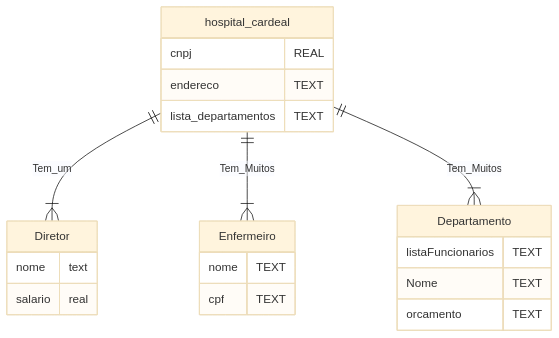
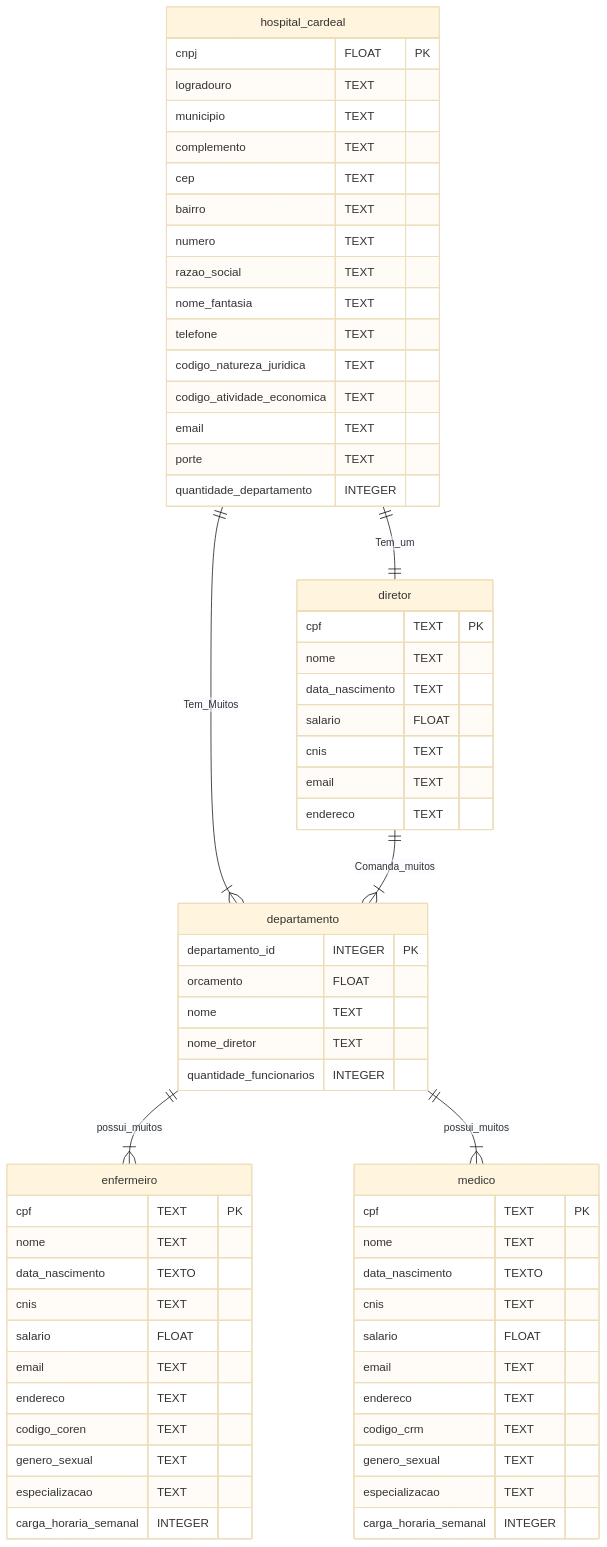
The diagram in Hospital Cardeal/README.md (MarvinSilcGit/Sqlite), drawn with Mermaid (base theme) before and after one commit. The commit also changed 2 other files, not shown here.

Commit message:
Adding more ERM code

````diff
--- a/Hospital Cardeal/README.md
+++ b/Hospital Cardeal/README.md
@@ -10,28 +10,82 @@
 
 hospital_cardeal{ 
     
- cnpj REAL
- endereco TEXT
- lista_departamentos TEXT
+ cnpj FLOAT PK
+ logradouro TEXT
+ municipio TEXT
+ complemento TEXT
+ cep TEXT
+ bairro TEXT
+ numero TEXT
+ razao_social TEXT
+ nome_fantasia TEXT
+ telefone TEXT
+ codigo_natureza_juridica TEXT
+ codigo_atividade_economica TEXT
+ email TEXT
+ porte TEXT
+ quantidade_departamento INTEGER
+ 
 }
 
-Enfermeiro{ 
-    nome TEXT
-    cpf TEXT
+
+diretor{
+		
+ cpf TEXT PK
+ nome TEXT
+ data_nascimento TEXT
+ salario FLOAT
+ cnis TEXT
+ email TEXT
+ endereco TEXT
+		
 }
 
-Diretor{
-		nome text
-		salario real
+departamento{
+		
+ departamento_id INTEGER PK
+ orcamento FLOAT
+ nome TEXT
+ nome_diretor TEXT
+ quantidade_funcionarios INTEGER
+		
 }
 
-Departamento{
-		listaFuncionarios TEXT
-		Nome TEXT
-		orcamento TEXT
-		
+medico{
+    
+ cpf TEXT PK
+ nome TEXT
+ data_nascimento TEXTO   
+ cnis TEXT
+ salario FLOAT
+ email TEXT
+ endereco TEXT
+ codigo_crm TEXT
+ genero_sexual TEXT
+ especializacao TEXT
+ carga_horaria_semanal INTEGER
+    
 }
-hospital_cardeal ||--|{ Diretor: Tem_um
-hospital_cardeal ||--|{ Enfermeiro: Tem_Muitos
-hospital_cardeal ||--|{ Departamento: Tem_Muitos
+
+enfermeiro{ 
+ 
+ cpf TEXT PK
+ nome TEXT
+ data_nascimento TEXTO   
+ cnis TEXT
+ salario FLOAT
+ email TEXT
+ endereco TEXT
+ codigo_coren TEXT
+ genero_sexual TEXT
+ especializacao TEXT
+ carga_horaria_semanal INTEGER
+
+}
+
+hospital_cardeal ||--|| diretor: Tem_um
+hospital_cardeal ||--|{ departamento: Tem_Muitos
+diretor ||--|{ departamento: Comanda_muitos
+departamento ||--|{ enfermeiro: possui_muitos
+departamento ||--|{ medico: possui_muitos
 ```
````
